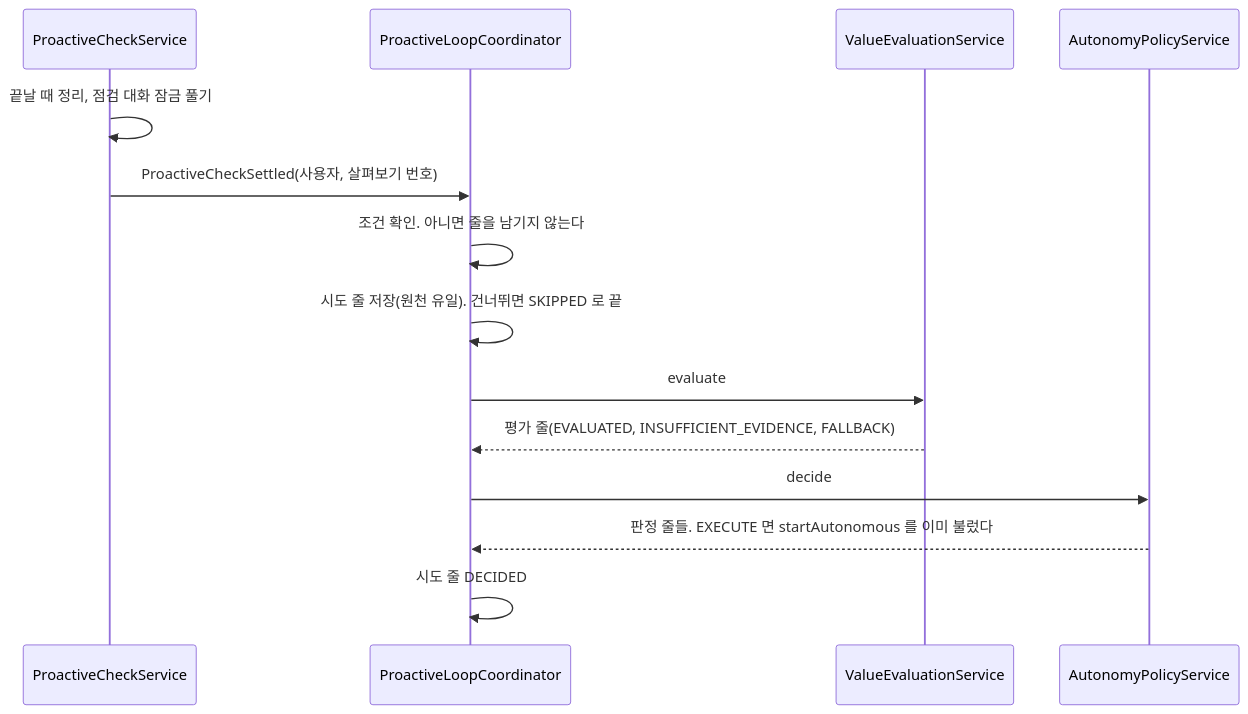
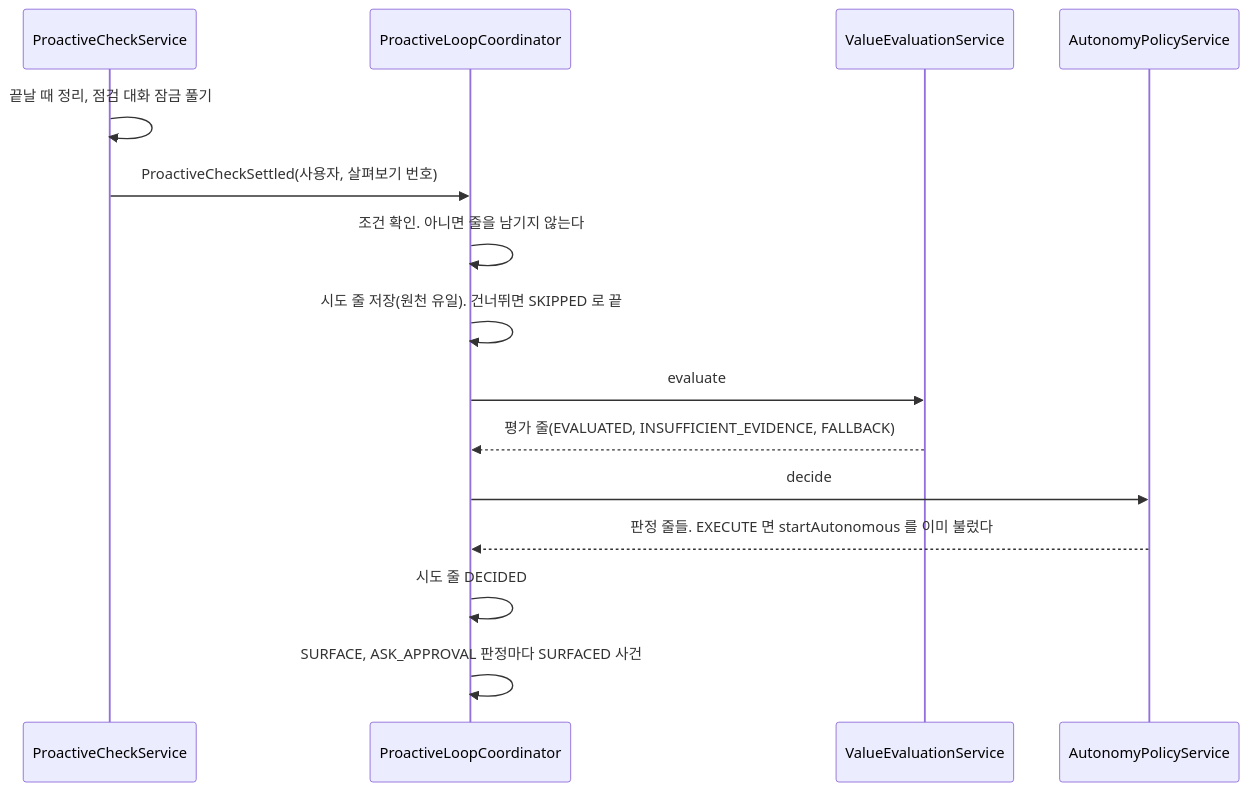
Before and after one commit to jon890/fos-assistant: the diagram in docs/backend/proactive-loop.md, drawn with Mermaid. The commit also changed other lines of this file and 7 other files, not shown here.

````diff
--- a/docs/backend/proactive-loop.md
+++ b/docs/backend/proactive-loop.md
@@ -26,16 +26,17 @@
 ```mermaid
 sequenceDiagram
     participant P as ProactiveCheckService
     participant L as ProactiveLoopCoordinator
     participant V as ValueEvaluationService
     participant A as AutonomyPolicyService
     P->>P: 끝날 때 정리, 점검 대화 잠금 풀기
     P->>L: ProactiveCheckSettled(사용자, 살펴보기 번호)
     L->>L: 조건 확인. 아니면 줄을 남기지 않는다
     L->>L: 시도 줄 저장(원천 유일). 건너뛰면 SKIPPED 로 끝
     L->>V: evaluate
     V-->>L: 평가 줄(EVALUATED, INSUFFICIENT_EVIDENCE, FALLBACK)
     L->>A: decide
     A-->>L: 판정 줄들. EXECUTE 면 startAutonomous 를 이미 불렀다
     L->>L: 시도 줄 DECIDED
+    L->>L: SURFACE, ASK_APPROVAL 판정마다 SURFACED 사건
 ```
````
